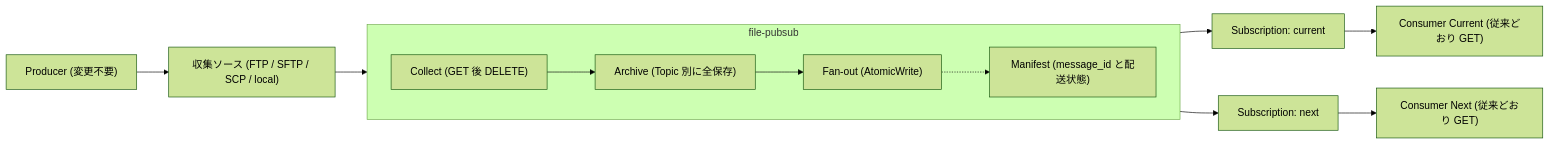
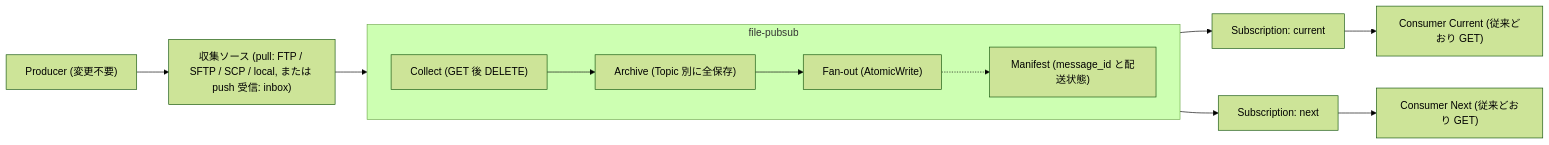
The second of 2 diagrams in README.ja.md (suwa-sh/file-pubsub), drawn with Mermaid (forest theme) before and after one commit. The commit also changed other lines of this file and 86 other files, not shown here.

First line of the commit message:
feat: push(put)受信モード(inbox)+ 完了検知 completion を追加 (#11) (#12)

````diff
--- a/README.ja.md
+++ b/README.ja.md
@@ -30,15 +30,15 @@
 ```mermaid
 flowchart LR
-    P["Producer (変更不要)"] --> SRC["収集ソース (FTP / SFTP / SCP / local)"]
+    P["Producer (変更不要)"] --> SRC["収集ソース (pull: FTP / SFTP / SCP / local, または push 受信: inbox)"]
     subgraph FP["file-pubsub"]
         direction LR
         COL["Collect (GET 後 DELETE)"] --> AR["Archive (Topic 別に全保存)"]
         AR --> FO["Fan-out (AtomicWrite)"]
         FO -.-> MF["Manifest (message_id と配送状態)"]
     end
     SRC --> COL
     FO --> SUB1["Subscription: current"]
     FO --> SUB2["Subscription: next"]
     SUB1 --> C1["Consumer Current (従来どおり GET)"]
     SUB2 --> C2["Consumer Next (従来どおり GET)"]
 ```
````
